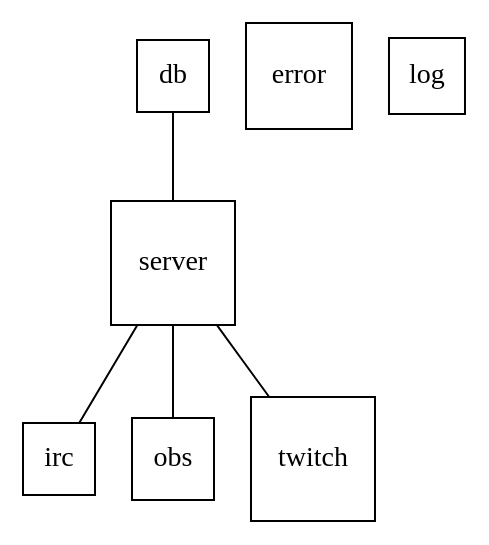
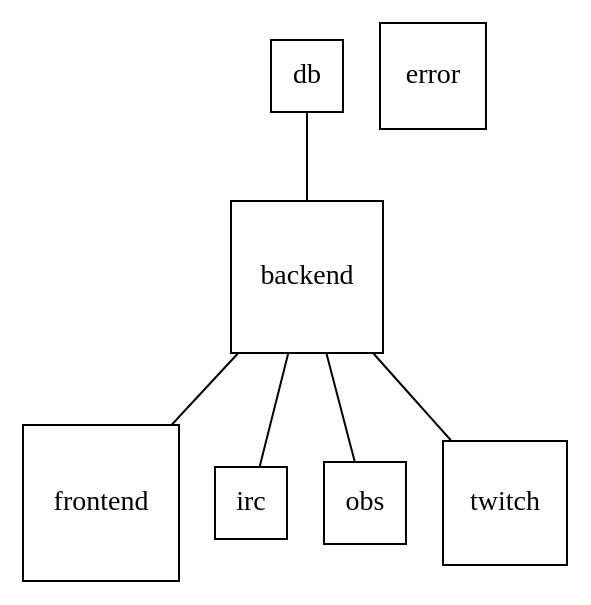
Before and after one commit to natir/cam_bot: the diagram in doc/project_layout.dot, drawn with Graphviz. The commit also changed 8 other files, not shown here.

Commit message:
Rename server in backend

```diff
--- a/doc/project_layout.dot
+++ b/doc/project_layout.dot
@@ -1,16 +1,19 @@
 graph {
 	node [shape = square];
 	
 	db;
+	backend;
+	frontend;
+	
 	error;
 	irc;
-	log;
 	obs;
-	server;
 	twitch;
 
-	db -- server;
-	server -- irc;
-	server -- obs;
-	server -- twitch;
+	db -- backend;
+	backend -- irc;
+	backend -- obs;
+	backend -- twitch;
+	
+	backend -- frontend;
 }
```
